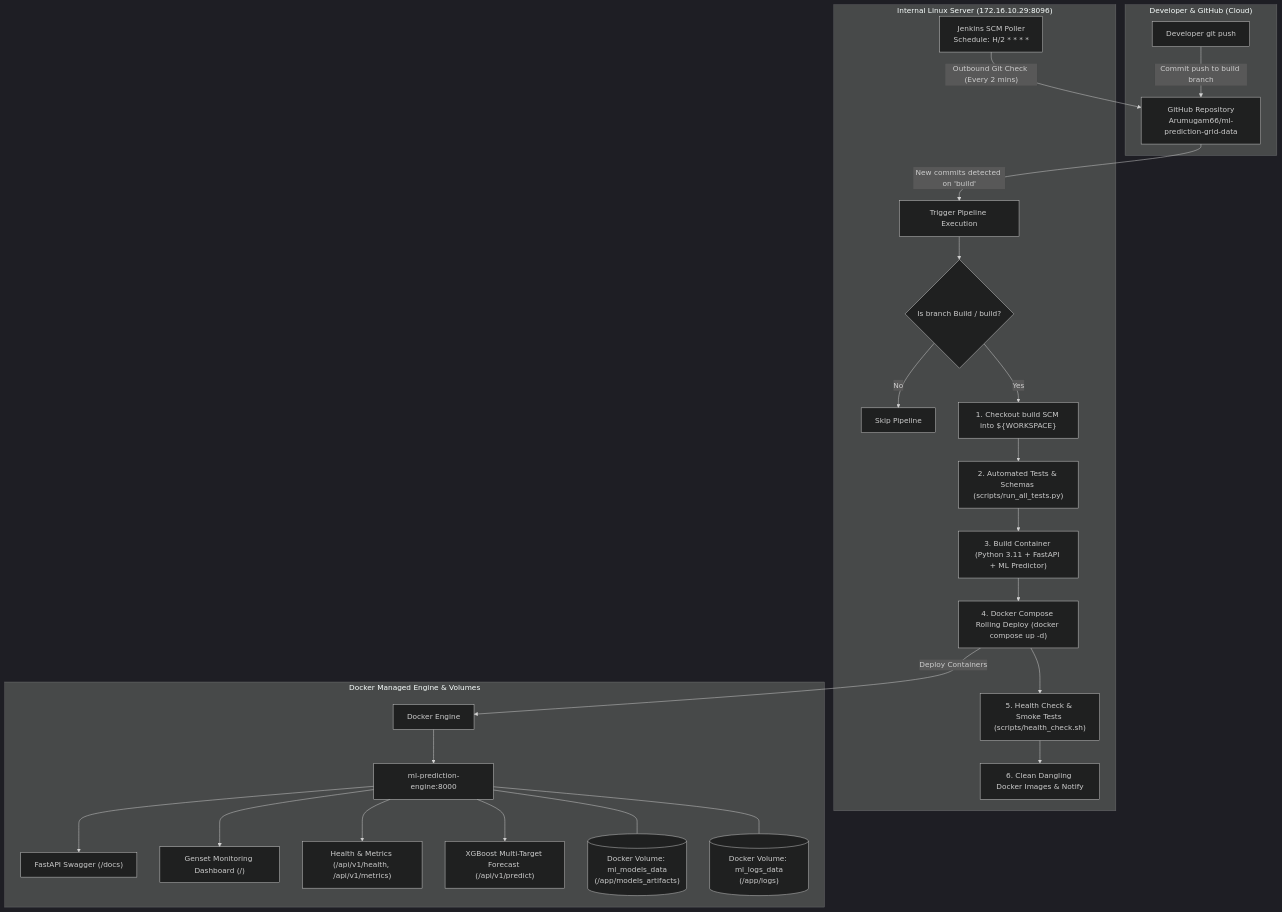
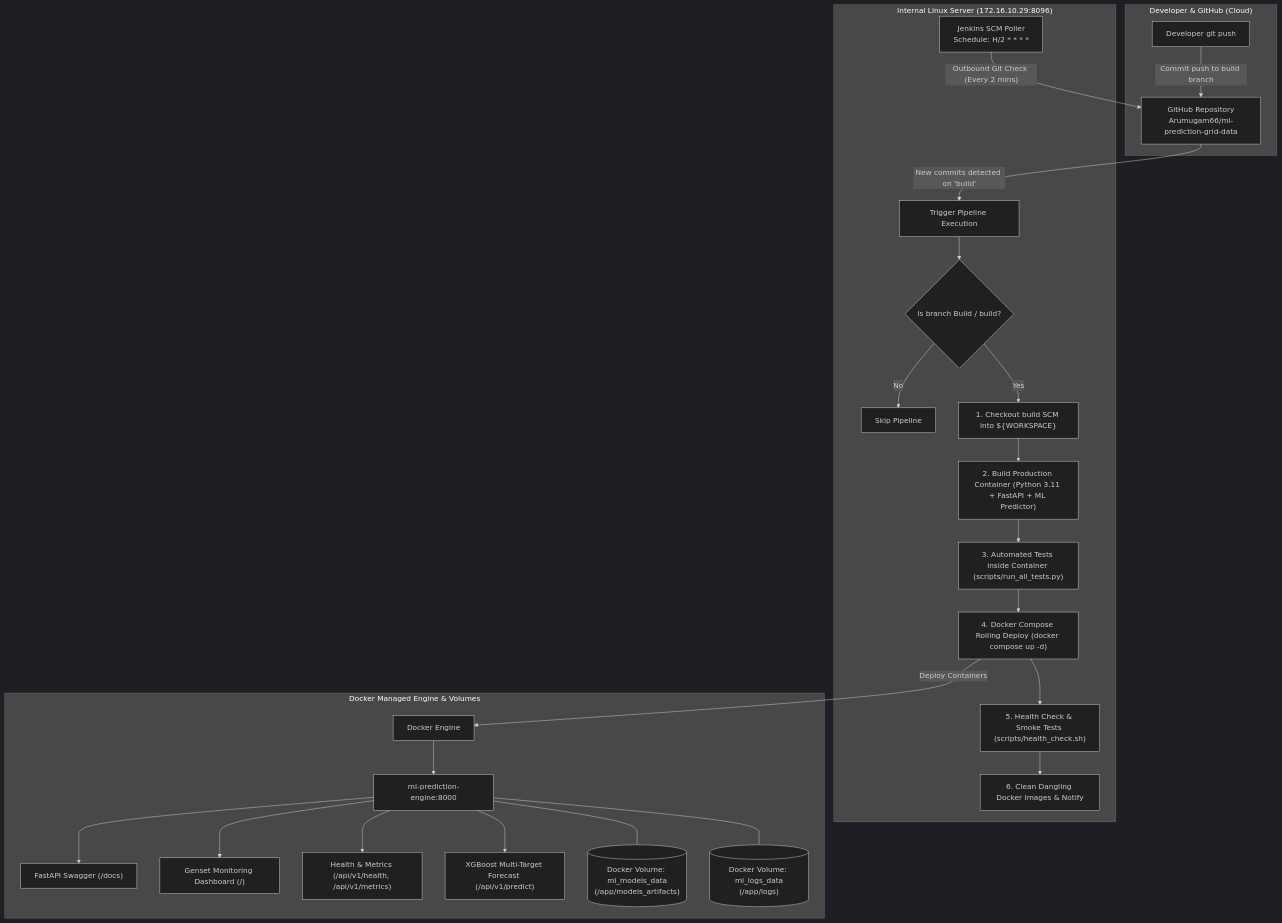
One commit to Arumugam66/ml-prediction-grid-data changed the diagram in LINUX_JENKINS_DEPLOYMENT_PLAN.md. Above: the diagram before and after it, drawn with Mermaid (dark theme). The commit also changed other lines of this file and 24 other files, not shown here.

Commit message:
fix(ci): run automated test suite inside Docker container to resolve missing host dependencies

````diff
--- a/LINUX_JENKINS_DEPLOYMENT_PLAN.md
+++ b/LINUX_JENKINS_DEPLOYMENT_PLAN.md
@@ -15,32 +15,32 @@
 ```mermaid
 flowchart TD
     subgraph DEV_GH ["Developer & GitHub (Cloud)"]
         DEV["Developer git push"] -->|"Commit push to build branch"| GH["GitHub Repository<br/>Arumugam66/ml-prediction-grid-data"]
     end
 
     subgraph JNK_SVR ["Internal Linux Server (172.16.10.29:8096)"]
         POLL["Jenkins SCM Poller<br/>Schedule: H/2 * * * *"] -->|"Outbound Git Check (Every 2 mins)"| GH
         GH -->|"New commits detected on 'build'"| TRIGGER["Trigger Pipeline Execution"]
         
         TRIGGER --> CHK_BR{"Is branch Build / build?"}
         CHK_BR -- "No" --> SKIP["Skip Pipeline"]
         CHK_BR -- "Yes" --> STG1["1. Checkout build SCM into ${WORKSPACE}"]
-        STG1 --> STG2["2. Automated Tests & Schemas (scripts/run_all_tests.py)"]
-        STG2 --> STG3["3. Build Container (Python 3.11 + FastAPI + ML Predictor)"]
+        STG1 --> STG2["2. Build Production Container (Python 3.11 + FastAPI + ML Predictor)"]
+        STG2 --> STG3["3. Automated Tests inside Container (scripts/run_all_tests.py)"]
         STG3 --> STG4["4. Docker Compose Rolling Deploy (docker compose up -d)"]
         STG4 --> STG5["5. Health Check & Smoke Tests (scripts/health_check.sh)"]
         STG5 --> STG6["6. Clean Dangling Docker Images & Notify"]
     end
 
     subgraph DOCKER_STACK ["Docker Managed Engine & Volumes"]
         STG4 -->|"Deploy Containers"| DOCKER["Docker Engine"]
         DOCKER --> ML_CONTAINER["ml-prediction-engine:8000"]
         ML_CONTAINER --> API_DOCS["FastAPI Swagger (/docs)"]
         ML_CONTAINER --> DASHBOARD["Genset Monitoring Dashboard (/)"]
         ML_CONTAINER --> HEALTH_EP["Health & Metrics (/api/v1/health, /api/v1/metrics)"]
         ML_CONTAINER --> PREDICT_EP["XGBoost Multi-Target Forecast (/api/v1/predict)"]
         
         ML_CONTAINER --- VOL_MODELS[("Docker Volume: ml_models_data<br/>(/app/models_artifacts)")]
         ML_CONTAINER --- VOL_LOGS[("Docker Volume: ml_logs_data<br/>(/app/logs)")]
     end
 ```
````
